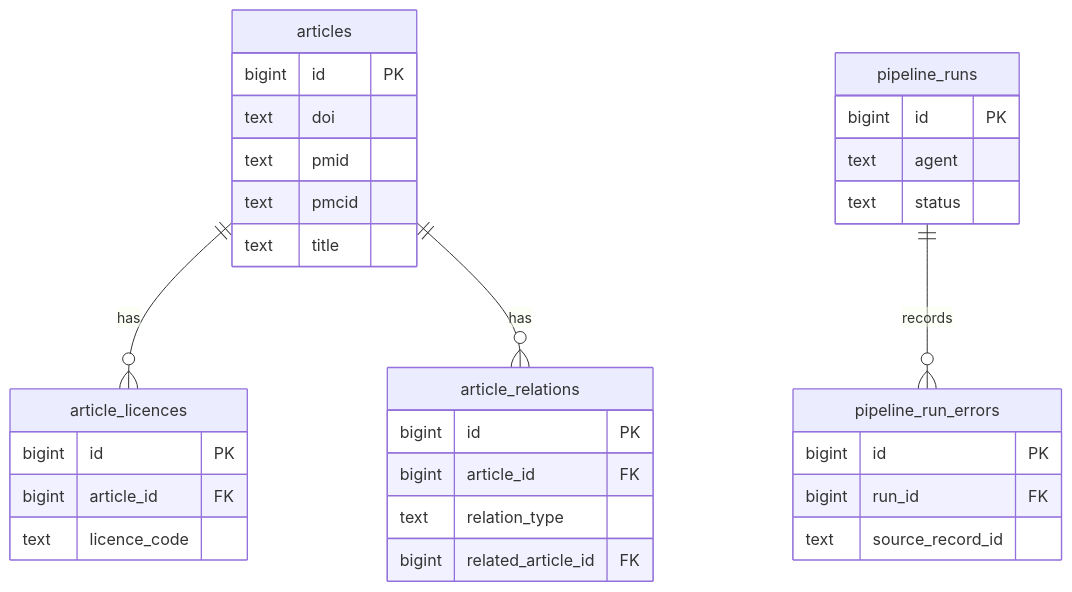
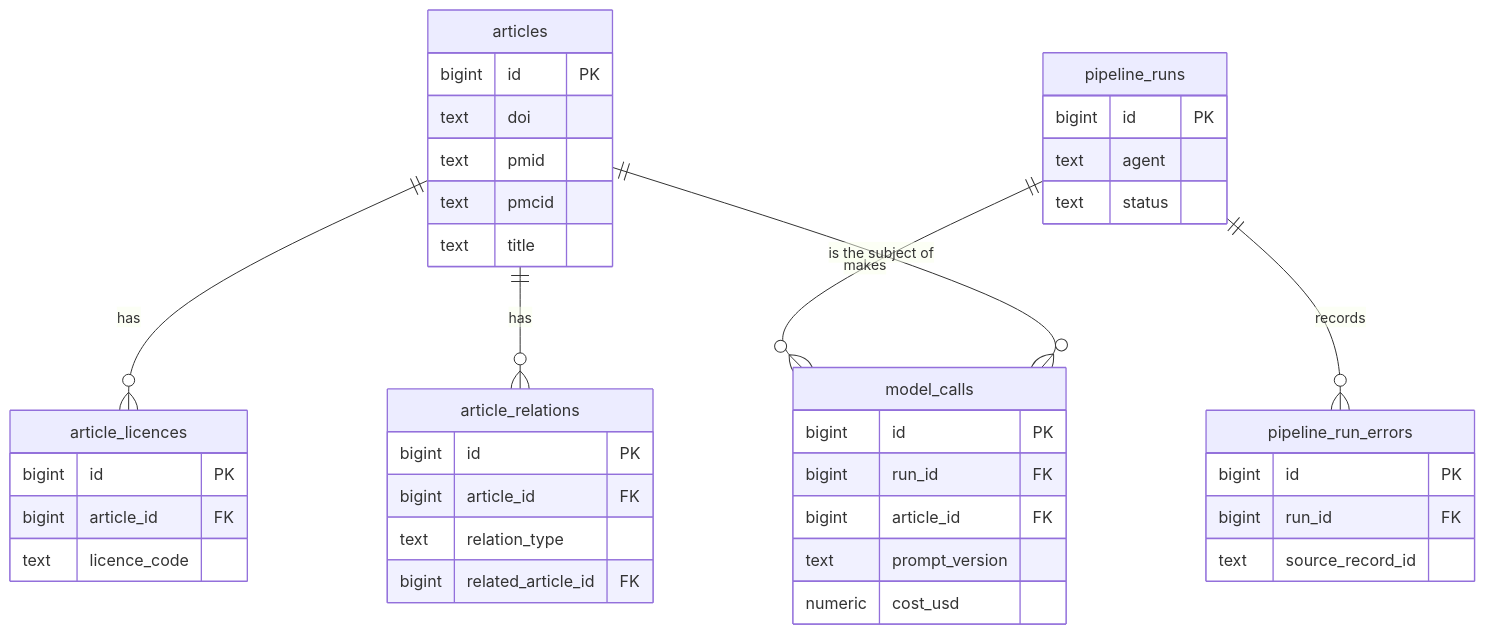
One commit to wpalombini/nutri-minutes changed the diagram in docs/database.md. Above: the diagram before and after it, drawn with Mermaid. The commit also changed other lines of this file and 26 other files, not shown here.

First line of the commit message:
Add the model client and the model_calls trace

````diff
--- a/docs/database.md
+++ b/docs/database.md
@@ -9,35 +9,44 @@
 ```mermaid
 erDiagram
     articles ||--o{ article_licences : "has"
     articles ||--o{ article_relations : "has"
     pipeline_runs ||--o{ pipeline_run_errors : "records"
+    pipeline_runs ||--o{ model_calls : "makes"
+    articles ||--o{ model_calls : "is the subject of"
 
     articles {
         bigint id PK
         text doi
         text pmid
         text pmcid
         text title
     }
     article_licences {
         bigint id PK
         bigint article_id FK
         text licence_code
     }
     article_relations {
         bigint id PK
         bigint article_id FK
         text relation_type
         bigint related_article_id FK
     }
     pipeline_runs {
         bigint id PK
         text agent
         text status
     }
     pipeline_run_errors {
         bigint id PK
         bigint run_id FK
         text source_record_id
     }
+    model_calls {
+        bigint id PK
+        bigint run_id FK
+        bigint article_id FK
+        text prompt_version
+        numeric cost_usd
+    }
 ```
````
